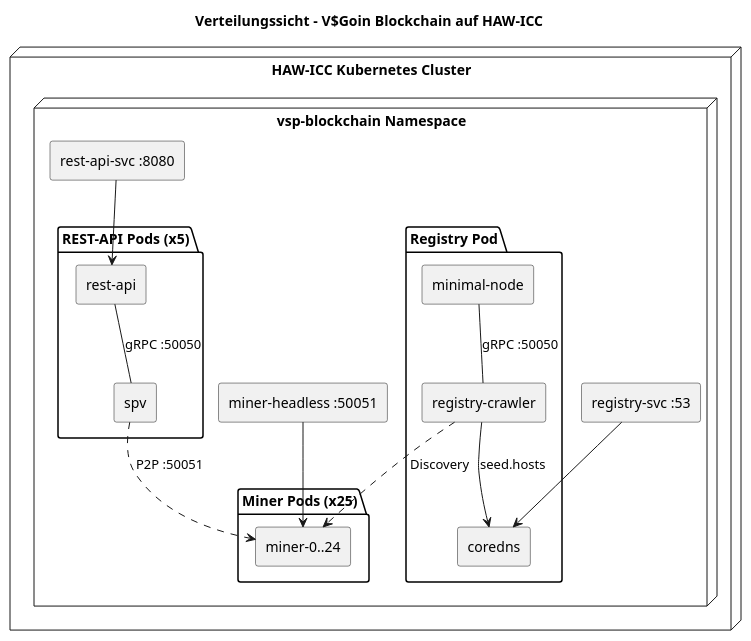
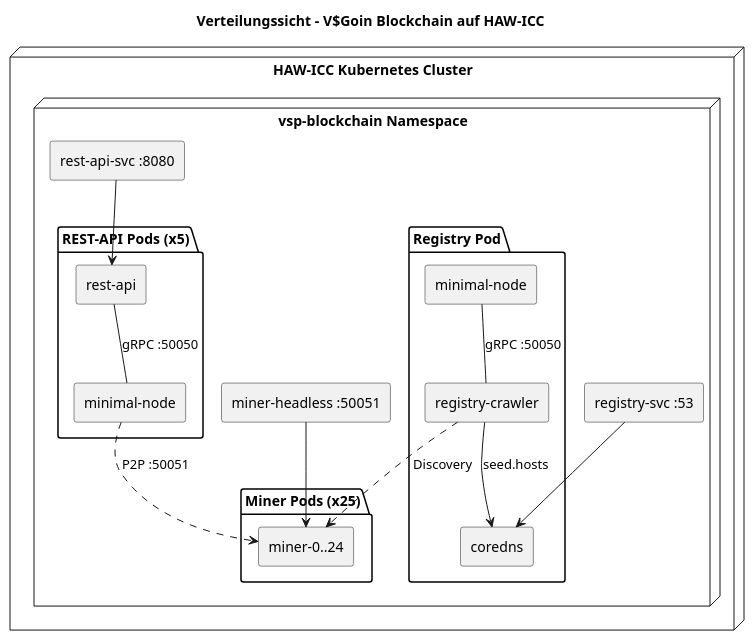
The ninth of 9 diagrams in docs/arc42/arc42-MinerNetwork/MinerNetwork.md (bjoern621/VSP-Blockchain), drawn with PlantUML before and after one commit. The commit also changed other lines of this file, not shown here.

``````diff
--- a/docs/arc42/arc42-MinerNetwork/MinerNetwork.md
+++ b/docs/arc42/arc42-MinerNetwork/MinerNetwork.md
@@ -782,43 +782,43 @@
     ```plantuml
         @startuml
         skinparam componentStyle rectangle
         
         title Verteilungssicht - V$Goin Blockchain auf HAW-ICC
         
         node "HAW-ICC Kubernetes Cluster" {
             node "vsp-blockchain Namespace" {
                 
                 package "Registry Pod" {
                     component "minimal-node" as mn
                     component "registry-crawler" as rc
                     component "coredns" as dns
                 }
                 
                 package "Miner Pods (x25)" {
                     component "miner-0..24" as miners
                 }
                 
                 package "REST-API Pods (x5)" {
-                    component "spv" as spv
+                    component "minimal-node" as spv
                     component "rest-api" as rest
                 }
                 
                 component "registry-svc :53" as regsvc
                 component "miner-headless :50051" as mhsvc
                 component "rest-api-svc :8080" as restsvc
             }
         }
         
         mn -- rc : gRPC :50050
         rc --> dns : seed.hosts
         rest -- spv : gRPC :50050
         
         regsvc --> dns
         mhsvc --> miners
         restsvc --> rest
         
         rc ..> miners : Discovery
         spv ..> miners : P2P :50051
         
         @enduml
     `````
``````
